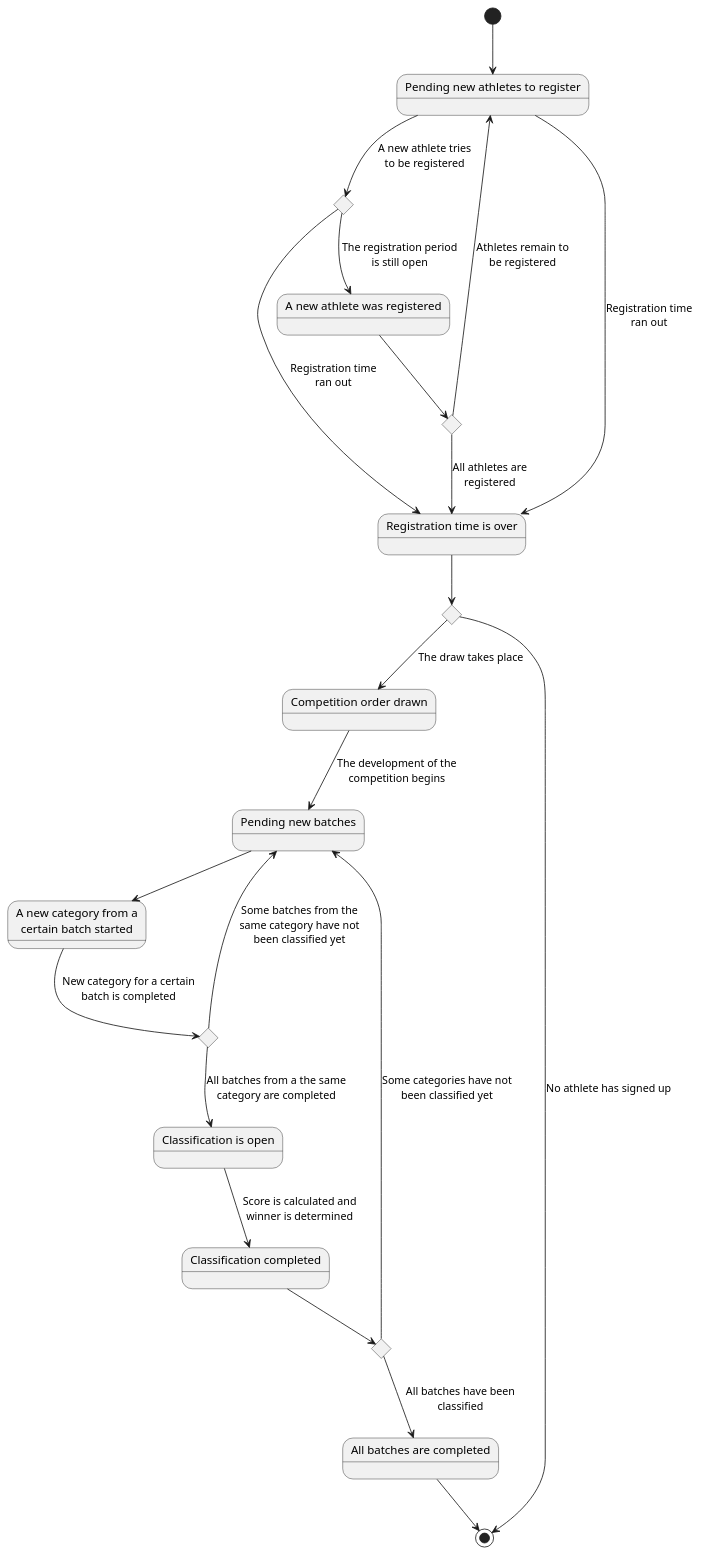
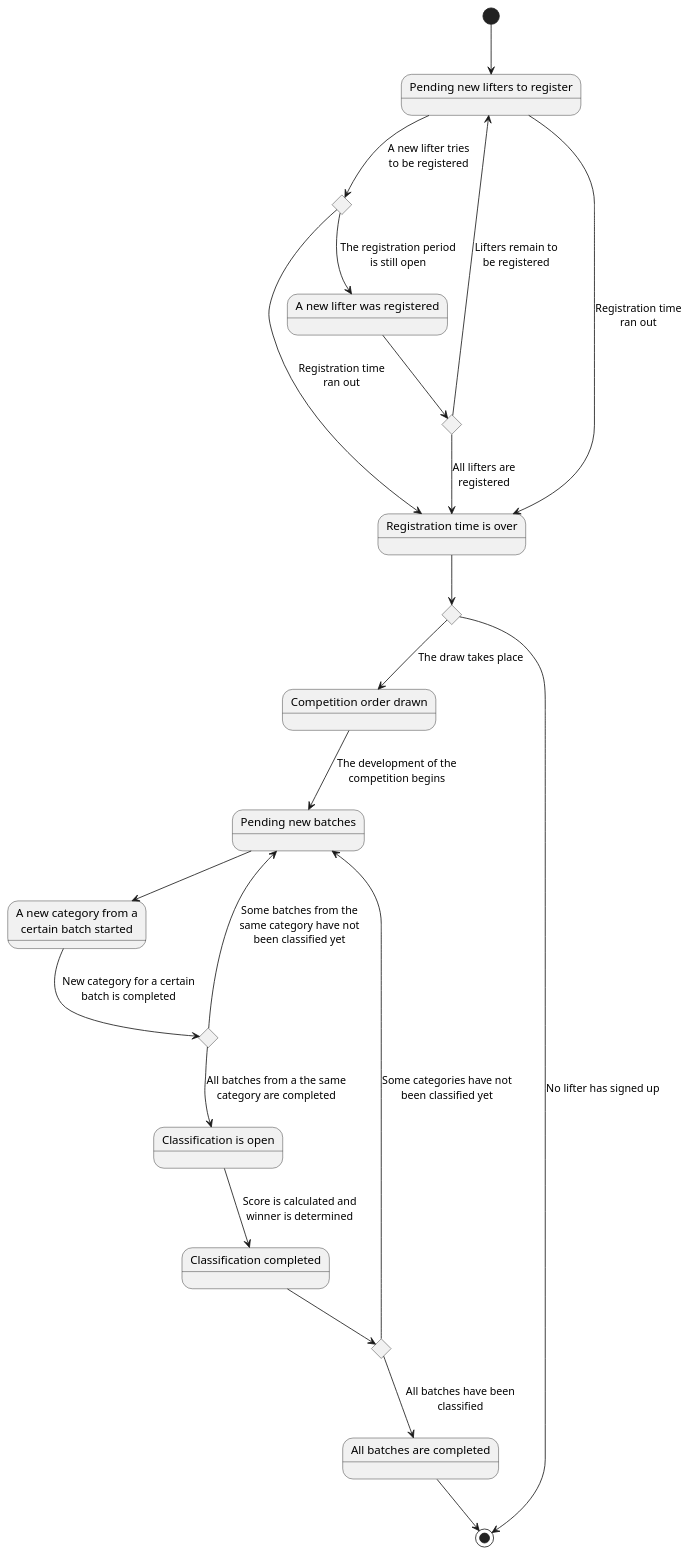
Before and after one commit to zuldare/mastercloud_pfm_halterocms: the diagram in diagrams/states/1-competitionStates.puml, drawn with PlantUML.

Commit message:
Rename athletes to lifters

```diff
--- a/diagrams/states/1-competitionStates.puml
+++ b/diagrams/states/1-competitionStates.puml
@@ -1,40 +1,40 @@
 @startuml
-state "Pending new athletes to register" as PendingAthletesToRegister
+state "Pending new lifters to register" as PendingLiftersToRegister
 state "Is the registration time still open?" as IsRegistrationOpenCHC <<choice>>
-state "More athletes to register pending?" as MoreAthletesToRegisterCHC <<choice>>
-state "A new athlete was registered" as NewAthleteRegistered
+state "More lifters to register pending?" as MoreLiftersToRegisterCHC <<choice>>
+state "A new lifter was registered" as NewLifterRegistered
 state "Registration time is over" as RegistrationTimeOver
-state "Is there any athlete registered?" as AnyAthletesRegisteredCHC <<choice>>
+state "Is there any lifter registered?" as AnyLiftersRegisteredCHC <<choice>>
 state "Competition order drawn" as CompetitionOrderDrawn
 state "Pending new batches" as PendingNewBatch
 state "A new category from a\ncertain batch started" as StartedNewBatchCategory
 state "More batches pending?" as MoreCategoryBatchesCHC <<choice>>
 state "Classification is open" as OpenClassification
 state "Classification completed" as CompletedClassification
 state "More batches from other categories pending?" as MoreBatchesCHC <<choice>>
 state "All batches are completed" as CompletedBatches
 
-[*] --> PendingAthletesToRegister
-PendingAthletesToRegister --> IsRegistrationOpenCHC : A new athlete tries\nto be registered
+[*] --> PendingLiftersToRegister
+PendingLiftersToRegister --> IsRegistrationOpenCHC : A new lifter tries\nto be registered
 IsRegistrationOpenCHC --> RegistrationTimeOver : Registration time\nran out
-IsRegistrationOpenCHC --> NewAthleteRegistered : The registration period\nis still open
-NewAthleteRegistered --> MoreAthletesToRegisterCHC
-MoreAthletesToRegisterCHC --> PendingAthletesToRegister : Athletes remain to\nbe registered
-MoreAthletesToRegisterCHC --> RegistrationTimeOver : All athletes are\nregistered
-PendingAthletesToRegister --> RegistrationTimeOver : Registration time\nran out
-RegistrationTimeOver --> AnyAthletesRegisteredCHC
-AnyAthletesRegisteredCHC --> CompetitionOrderDrawn : The draw takes place
-AnyAthletesRegisteredCHC --> [*] : No athlete has signed up
+IsRegistrationOpenCHC --> NewLifterRegistered : The registration period\nis still open
+NewLifterRegistered --> MoreLiftersToRegisterCHC
+MoreLiftersToRegisterCHC --> PendingLiftersToRegister : Lifters remain to\nbe registered
+MoreLiftersToRegisterCHC --> RegistrationTimeOver : All lifters are\nregistered
+PendingLiftersToRegister --> RegistrationTimeOver : Registration time\nran out
+RegistrationTimeOver --> AnyLiftersRegisteredCHC
+AnyLiftersRegisteredCHC --> CompetitionOrderDrawn : The draw takes place
+AnyLiftersRegisteredCHC --> [*] : No lifter has signed up
 CompetitionOrderDrawn --> PendingNewBatch : The development of the\ncompetition begins
 
 PendingNewBatch --> StartedNewBatchCategory
 StartedNewBatchCategory --> MoreCategoryBatchesCHC : New category for a certain\nbatch is completed
 
 MoreCategoryBatchesCHC --> PendingNewBatch : Some batches from the\nsame category have not\nbeen classified yet
 MoreCategoryBatchesCHC --> OpenClassification : All batches from a the same\ncategory are completed
 OpenClassification --> CompletedClassification : Score is calculated and\nwinner is determined
 CompletedClassification --> MoreBatchesCHC
 MoreBatchesCHC --> PendingNewBatch : Some categories have not\nbeen classified yet
 MoreBatchesCHC --> CompletedBatches : All batches have been\nclassified
 CompletedBatches --> [*]
 @enduml
```
